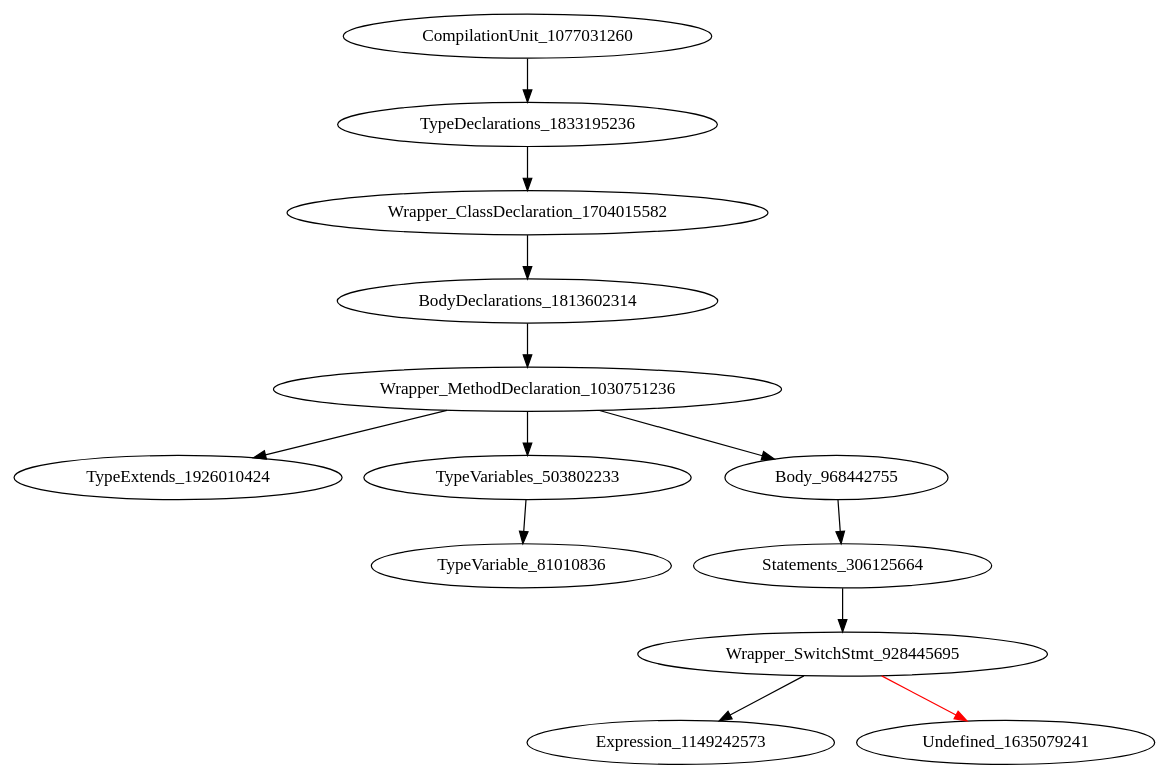
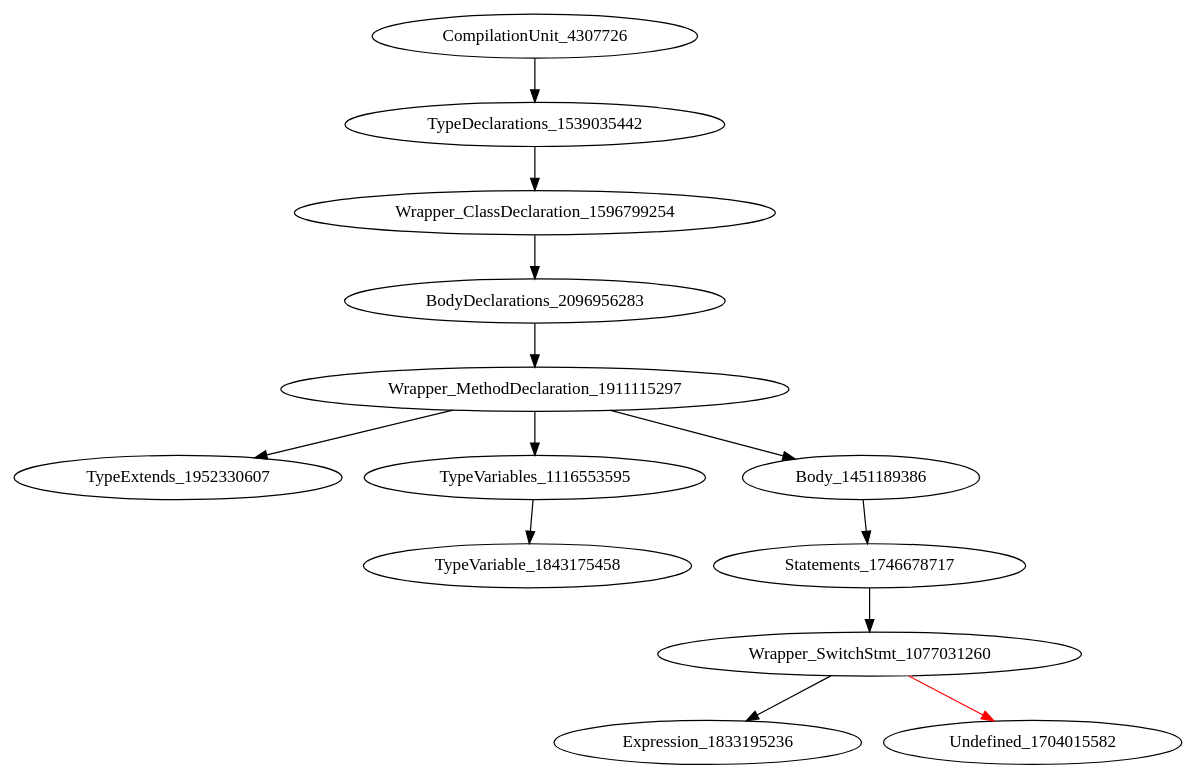
The diagram in holeAST.dot (icse2023material/VoiceJava), drawn with Graphviz before and after one commit. The commit also changed 5 other files, not shown here.

```diff
--- a/holeAST.dot
+++ b/holeAST.dot
@@ -1,14 +1,14 @@
 digraph {
-CompilationUnit_1077031260 -> TypeDeclarations_1833195236
-TypeDeclarations_1833195236 -> Wrapper_ClassDeclaration_1704015582
-Wrapper_ClassDeclaration_1704015582 -> BodyDeclarations_1813602314
-BodyDeclarations_1813602314 -> Wrapper_MethodDeclaration_1030751236
-Wrapper_MethodDeclaration_1030751236 -> TypeExtends_1926010424
-Wrapper_MethodDeclaration_1030751236 -> TypeVariables_503802233
-Wrapper_MethodDeclaration_1030751236 -> Body_968442755
-TypeVariables_503802233 -> TypeVariable_81010836
-Body_968442755 -> Statements_306125664
-Statements_306125664 -> Wrapper_SwitchStmt_928445695
-Wrapper_SwitchStmt_928445695 -> Expression_1149242573
-Wrapper_SwitchStmt_928445695 -> Undefined_1635079241 [color = red] 
+CompilationUnit_4307726 -> TypeDeclarations_1539035442
+TypeDeclarations_1539035442 -> Wrapper_ClassDeclaration_1596799254
+Wrapper_ClassDeclaration_1596799254 -> BodyDeclarations_2096956283
+BodyDeclarations_2096956283 -> Wrapper_MethodDeclaration_1911115297
+Wrapper_MethodDeclaration_1911115297 -> TypeExtends_1952330607
+Wrapper_MethodDeclaration_1911115297 -> TypeVariables_1116553595
+Wrapper_MethodDeclaration_1911115297 -> Body_1451189386
+TypeVariables_1116553595 -> TypeVariable_1843175458
+Body_1451189386 -> Statements_1746678717
+Statements_1746678717 -> Wrapper_SwitchStmt_1077031260
+Wrapper_SwitchStmt_1077031260 -> Expression_1833195236
+Wrapper_SwitchStmt_1077031260 -> Undefined_1704015582 [color = red] 
 }
```
